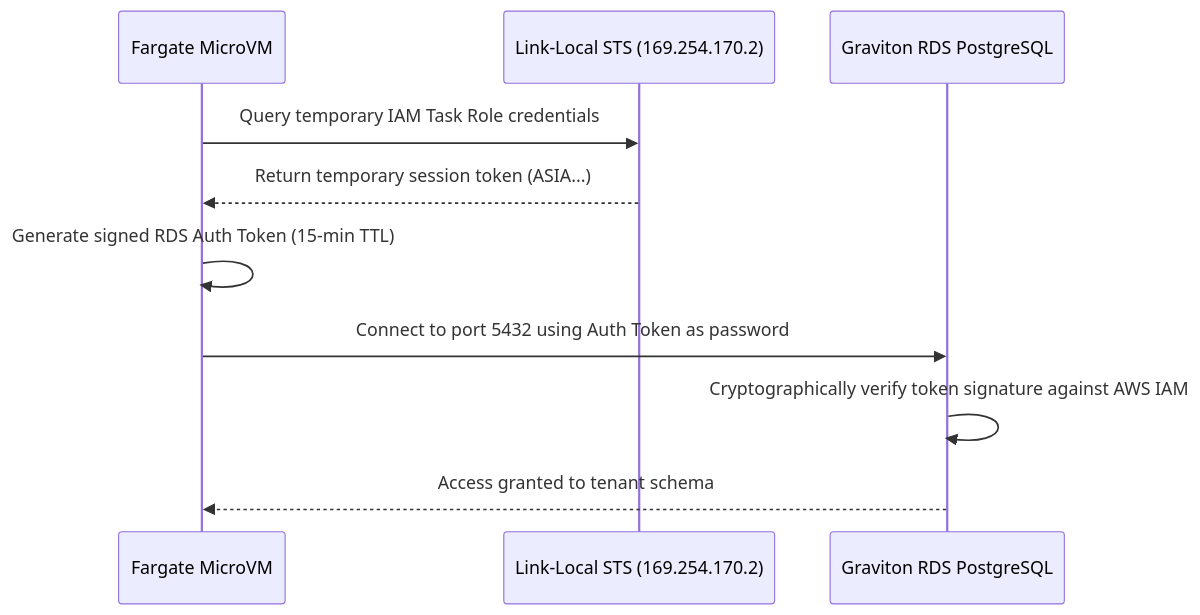
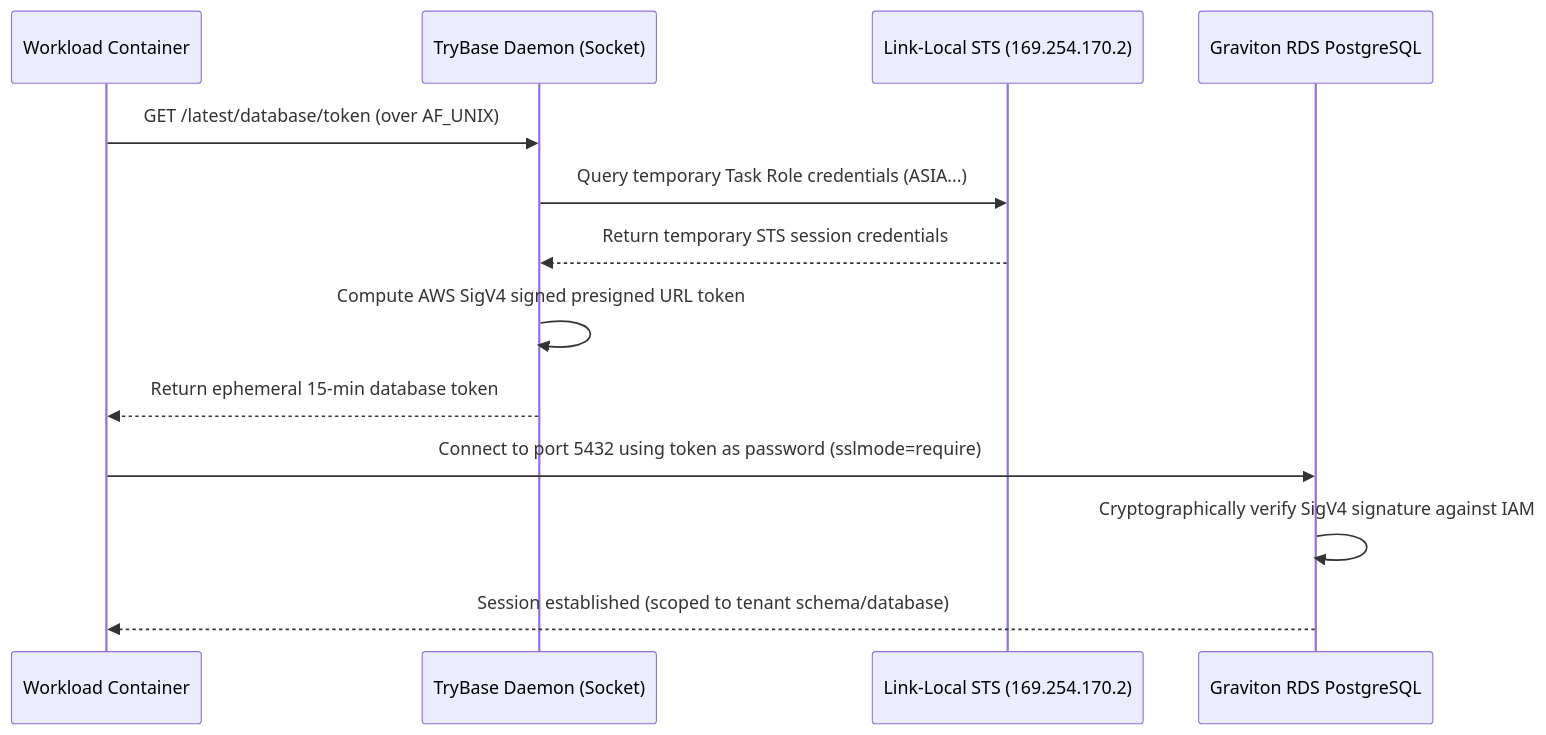
Before and after one commit to rgayan12/trybase: the diagram in docs/security/rds-iam-auth.md, drawn with Mermaid. The commit also changed other lines of this file and 34 other files, not shown here.

Commit message:
feat: add Go test suite, Laravel composer config, and daemon AWS SigV4 RDS IAM auth support

````diff
--- a/docs/security/rds-iam-auth.md
+++ b/docs/security/rds-iam-auth.md
@@ -10,13 +12,16 @@
 ```mermaid
 sequenceDiagram
-    participant App as Fargate MicroVM
+    participant App as Workload Container
+    participant Daemon as TryBase Daemon (Socket)
     participant STS as Link-Local STS (169.254.170.2)
     participant RDS as Graviton RDS PostgreSQL
 
-    App->>STS: Query temporary IAM Task Role credentials
-    STS-->>App: Return temporary session token (ASIA...)
-    App->>App: Generate signed RDS Auth Token (15-min TTL)
-    App->>RDS: Connect to port 5432 using Auth Token as password
-    RDS->>RDS: Cryptographically verify token signature against AWS IAM
-    RDS-->>App: Access granted to tenant schema
+    App->>Daemon: GET /latest/database/token (over AF_UNIX)
+    Daemon->>STS: Query temporary Task Role credentials (ASIA...)
+    STS-->>Daemon: Return temporary STS session credentials
+    Daemon->>Daemon: Compute AWS SigV4 signed presigned URL token
+    Daemon-->>App: Return ephemeral 15-min database token
+    App->>RDS: Connect to port 5432 using token as password (sslmode=require)
+    RDS->>RDS: Cryptographically verify SigV4 signature against IAM
+    RDS-->>App: Session established (scoped to tenant schema/database)
 ```
````
